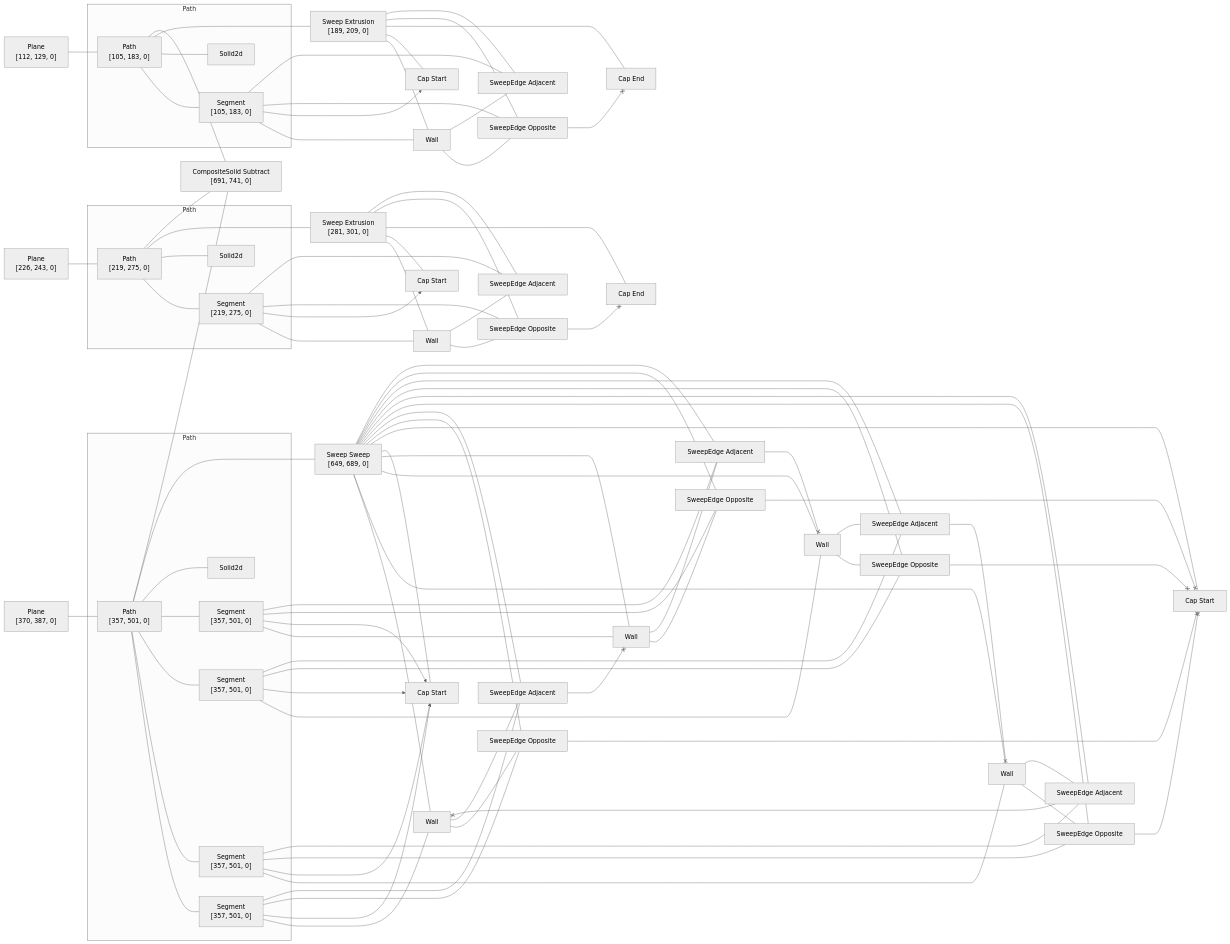
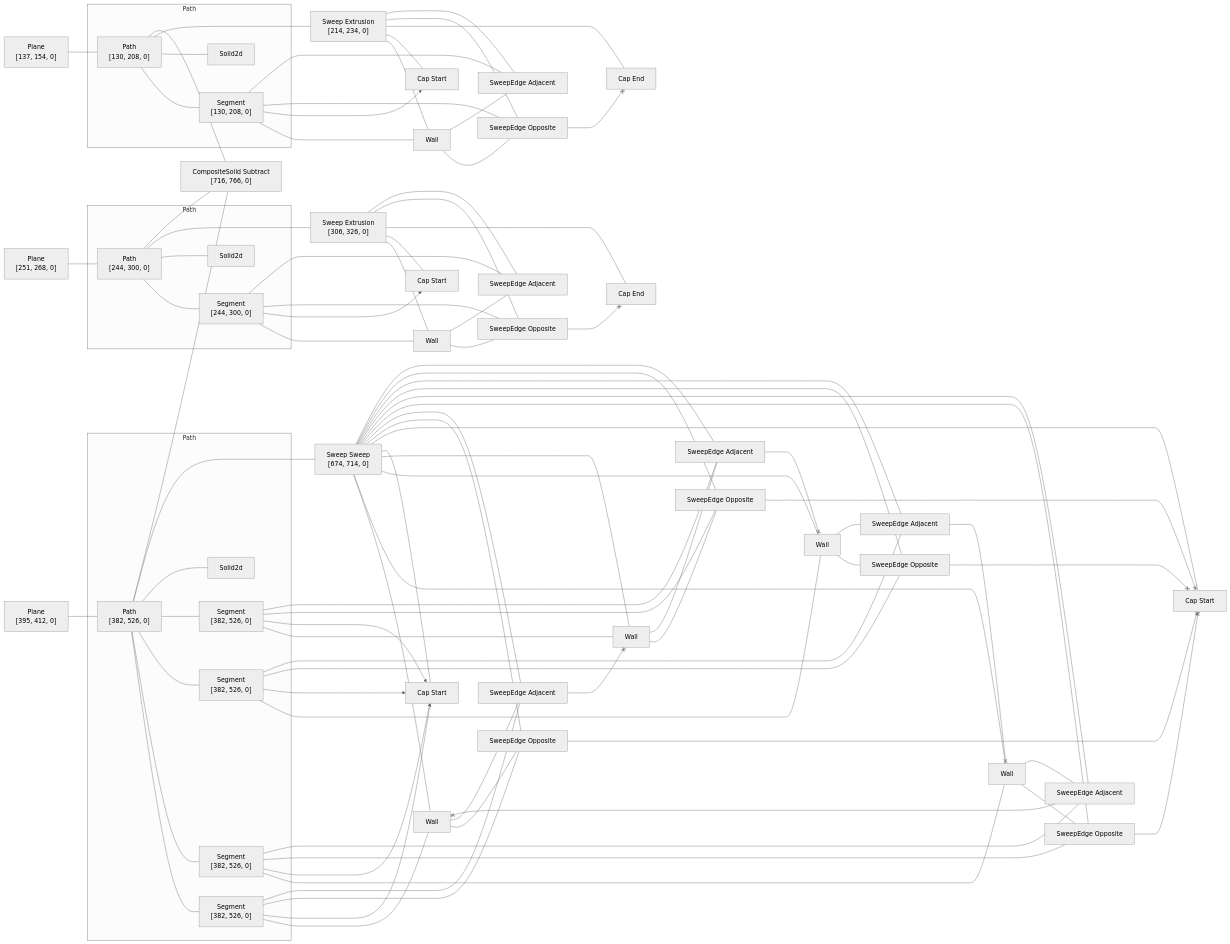
The diagram in rust/kcl-lib/tests/kcl_samples/inner-thread/artifact_graph_flowchart.snap.md (KittyCAD/modeling-app), drawn with Mermaid (neutral theme) before and after one commit. The commit also changed 319 other files, not shown here.

````diff
--- a/rust/kcl-lib/tests/kcl_samples/inner-thread/artifact_graph_flowchart.snap.md
+++ b/rust/kcl-lib/tests/kcl_samples/inner-thread/artifact_graph_flowchart.snap.md
@@ -1,35 +1,35 @@
 ```mermaid
 flowchart LR
   subgraph path2 [Path]
-    2["Path<br>[105, 183, 0]"]
+    2["Path<br>[130, 208, 0]"]
       %% [ProgramBodyItem { index: 1 }, VariableDeclarationDeclaration, VariableDeclarationInit, PipeBodyItem { index: 0 }]
-    3["Segment<br>[105, 183, 0]"]
+    3["Segment<br>[130, 208, 0]"]
       %% [ProgramBodyItem { index: 1 }, VariableDeclarationDeclaration, VariableDeclarationInit, PipeBodyItem { index: 0 }]
     4[Solid2d]
   end
   subgraph path12 [Path]
-    12["Path<br>[219, 275, 0]"]
+    12["Path<br>[244, 300, 0]"]
       %% [ProgramBodyItem { index: 2 }, VariableDeclarationDeclaration, VariableDeclarationInit, PipeBodyItem { index: 0 }]
-    13["Segment<br>[219, 275, 0]"]
+    13["Segment<br>[244, 300, 0]"]
       %% [ProgramBodyItem { index: 2 }, VariableDeclarationDeclaration, VariableDeclarationInit, PipeBodyItem { index: 0 }]
     14[Solid2d]
   end
   subgraph path22 [Path]
-    22["Path<br>[357, 501, 0]"]
+    22["Path<br>[382, 526, 0]"]
       %% [ProgramBodyItem { index: 5 }, VariableDeclarationDeclaration, VariableDeclarationInit]
-    23["Segment<br>[357, 501, 0]"]
+    23["Segment<br>[382, 526, 0]"]
       %% [ProgramBodyItem { index: 5 }, VariableDeclarationDeclaration, VariableDeclarationInit]
-    24["Segment<br>[357, 501, 0]"]
+    24["Segment<br>[382, 526, 0]"]
       %% [ProgramBodyItem { index: 5 }, VariableDeclarationDeclaration, VariableDeclarationInit]
-    25["Segment<br>[357, 501, 0]"]
+    25["Segment<br>[382, 526, 0]"]
       %% [ProgramBodyItem { index: 5 }, VariableDeclarationDeclaration, VariableDeclarationInit]
-    26["Segment<br>[357, 501, 0]"]
+    26["Segment<br>[382, 526, 0]"]
       %% [ProgramBodyItem { index: 5 }, VariableDeclarationDeclaration, VariableDeclarationInit]
     27[Solid2d]
   end
-  1["Plane<br>[112, 129, 0]"]
+  1["Plane<br>[137, 154, 0]"]
     %% [ProgramBodyItem { index: 1 }, VariableDeclarationDeclaration, VariableDeclarationInit, PipeBodyItem { index: 0 }, CallKwUnlabeledArg]
-  5["Sweep Extrusion<br>[189, 209, 0]"]
+  5["Sweep Extrusion<br>[214, 234, 0]"]
     %% [ProgramBodyItem { index: 1 }, VariableDeclarationDeclaration, VariableDeclarationInit, PipeBodyItem { index: 1 }]
   6[Wall]
     %% face_code_ref=Missing NodePath
@@ -39,9 +39,9 @@
     %% face_code_ref=Missing NodePath
   9["SweepEdge Opposite"]
   10["SweepEdge Adjacent"]
-  11["Plane<br>[226, 243, 0]"]
+  11["Plane<br>[251, 268, 0]"]
     %% [ProgramBodyItem { index: 2 }, VariableDeclarationDeclaration, VariableDeclarationInit, PipeBodyItem { index: 0 }, CallKwUnlabeledArg]
-  15["Sweep Extrusion<br>[281, 301, 0]"]
+  15["Sweep Extrusion<br>[306, 326, 0]"]
     %% [ProgramBodyItem { index: 2 }, VariableDeclarationDeclaration, VariableDeclarationInit, PipeBodyItem { index: 1 }]
   16[Wall]
     %% face_code_ref=Missing NodePath
@@ -51,9 +51,9 @@
     %% face_code_ref=Missing NodePath
   19["SweepEdge Opposite"]
   20["SweepEdge Adjacent"]
-  21["Plane<br>[370, 387, 0]"]
+  21["Plane<br>[395, 412, 0]"]
     %% [ProgramBodyItem { index: 5 }, VariableDeclarationDeclaration, VariableDeclarationInit, CallKwUnlabeledArg]
-  28["Sweep Sweep<br>[649, 689, 0]"]
+  28["Sweep Sweep<br>[674, 714, 0]"]
     %% [ProgramBodyItem { index: 7 }, VariableDeclarationDeclaration, VariableDeclarationInit]
   29[Wall]
     %% face_code_ref=Missing NodePath
@@ -75,7 +75,7 @@
   40["SweepEdge Adjacent"]
   41["SweepEdge Opposite"]
   42["SweepEdge Adjacent"]
-  43["CompositeSolid Subtract<br>[691, 741, 0]"]
+  43["CompositeSolid Subtract<br>[716, 766, 0]"]
     %% [ProgramBodyItem { index: 8 }, ExpressionStatementExpr]
   1 --- 2
   2 --- 3
````
